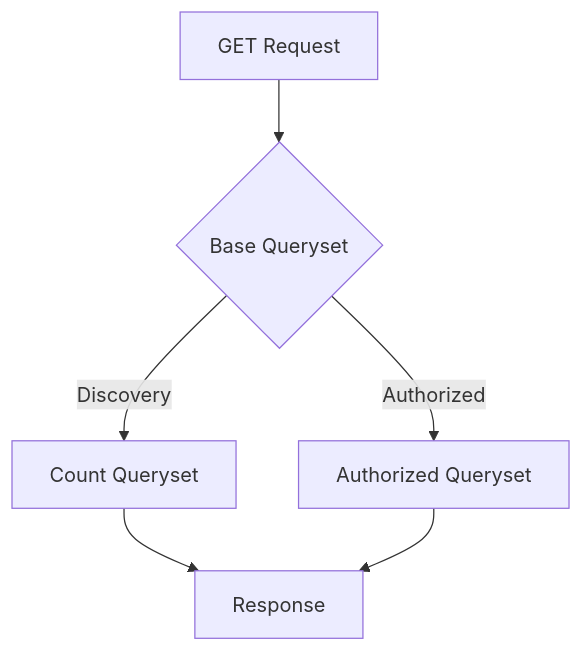
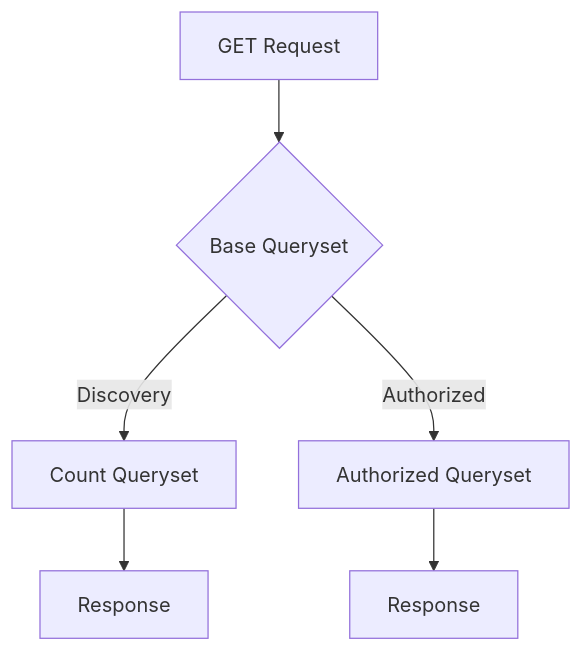
The second of 2 diagrams in README.md (bento-platform/katsu), drawn with Mermaid before and after one commit.

````diff
--- a/README.md
+++ b/README.md
@@ -144,8 +144,8 @@
 ```mermaid
     flowchart TD
         A[GET Request] --> B{Base Queryset}
         B -->|Discovery| C[Count Queryset]
         B -->|Authorized| D[Authorized Queryset]
         C --> E[Response]
-        D --> E[Response]
+        D --> F[Response]
 ```
````
